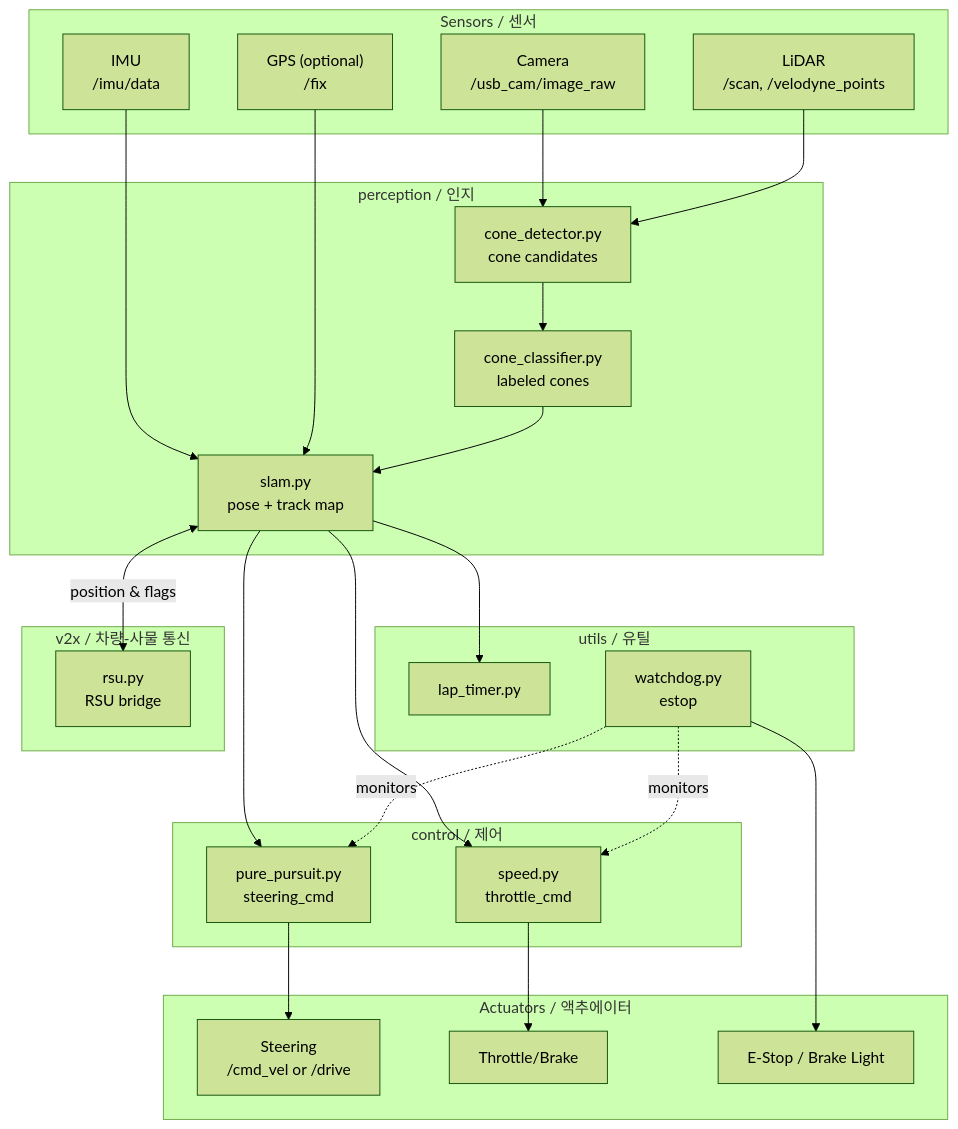
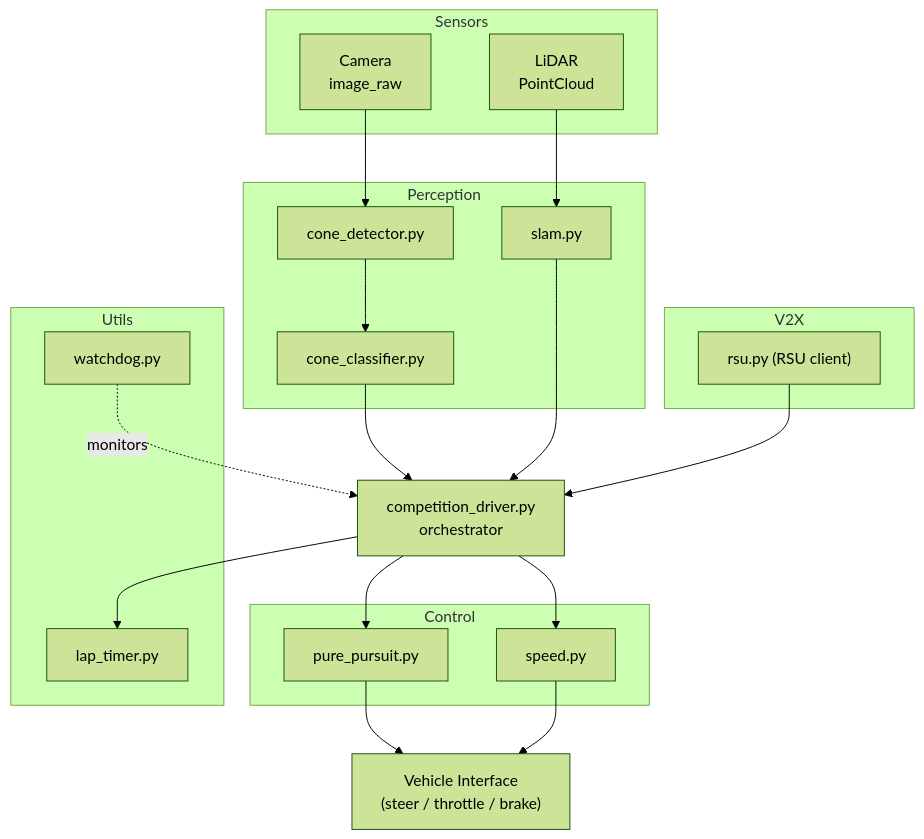
One commit to jclee941/hycu_fsds changed the diagram in README.md. Above: the diagram before and after it, drawn with Mermaid (forest theme). The commit also changed other lines of this file, not shown here.

````diff
--- a/README.md
+++ b/README.md
@@ -115,50 +107,42 @@
 ```mermaid
 flowchart TB
-    subgraph Sensors["Sensors / 센서"]
-        CAM["Camera<br/>/usb_cam/image_raw"]
-        LIDAR["LiDAR<br/>/scan, /velodyne_points"]
-        IMU["IMU<br/>/imu/data"]
-        GPS["GPS (optional)<br/>/fix"]
+    subgraph Sensors["Sensors"]
+        Cam["Camera<br/>image_raw"]
+        Lidar["LiDAR<br/>PointCloud"]
     end
 
-    subgraph Perception["perception / 인지"]
-        CD["cone_detector.py<br/>cone candidates"]
-        CC["cone_classifier.py<br/>labeled cones"]
-        SL["slam.py<br/>pose + track map"]
+    subgraph Perception["Perception"]
+        CD["cone_detector.py"]
+        CC["cone_classifier.py"]
+        SLAM["slam.py"]
     end
 
-    subgraph Control["control / 제어"]
-        PP["pure_pursuit.py<br/>steering_cmd"]
-        SP["speed.py<br/>throttle_cmd"]
+    subgraph Control["Control"]
+        PP["pure_pursuit.py"]
+        SP["speed.py"]
     end
 
-    subgraph Utils["utils / 유틸"]
+    subgraph Utils["Utils"]
         LT["lap_timer.py"]
-        WD["watchdog.py<br/>estop"]
+        WD["watchdog.py"]
     end
 
-    subgraph V2X["v2x / 차량-사물 통신"]
-        RSU["rsu.py<br/>RSU bridge"]
+    subgraph V2X["V2X"]
+        RSU["rsu.py (RSU client)"]
     end
 
-    subgraph Actuators["Actuators / 액추에이터"]
-        STEER["Steering<br/>/cmd_vel or /drive"]
-        THROTTLE["Throttle/Brake"]
-        EBOX["E-Stop / Brake Light"]
-    end
+    Driver["competition_driver.py<br/>orchestrator"]
+    Vehicle["Vehicle Interface<br/>(steer / throttle / brake)"]
 
-    CAM --> CD
-    LIDAR --> CD
-    IMU --> SL
-    GPS --> SL
-    CD --> CC --> SL
-    SL --> PP
-    SL --> SP
-    PP --> STEER
-    SP --> THROTTLE
-    SL --> LT
-    WD -. monitors .-> PP
-    WD -. monitors .-> SP
-    WD --> EBOX
-    SL <-->|position & flags| RSU
+    Cam --> CD --> CC
+    Lidar --> SLAM
+    CC --> Driver
+    SLAM --> Driver
+    RSU --> Driver
+    Driver --> PP
+    Driver --> SP
+    PP --> Vehicle
+    SP --> Vehicle
+    Driver --> LT
+    WD -.monitors.-> Driver
 ```
````
